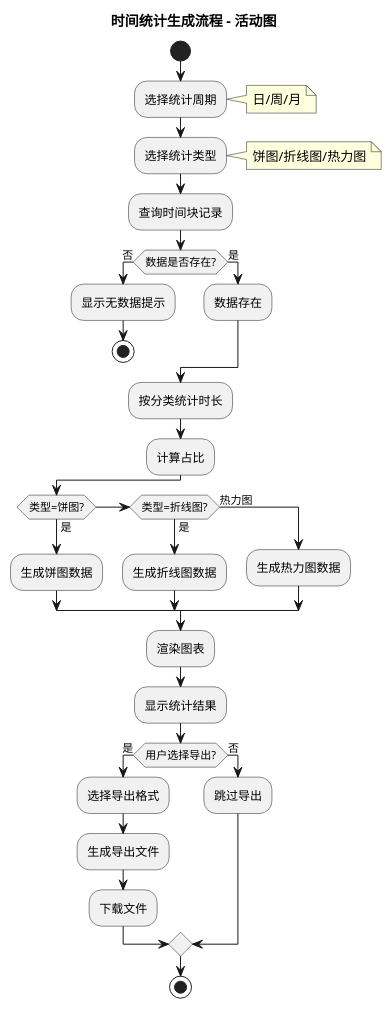
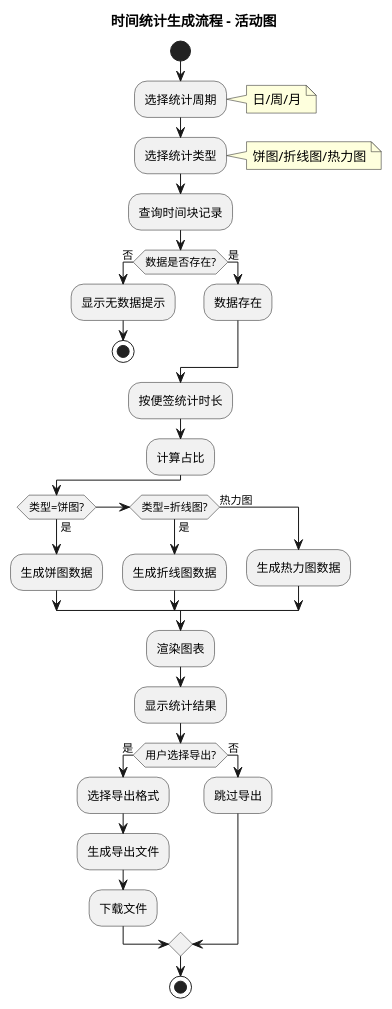
One commit to chenfanyeluo/TimeBlock changed the fifth of 5 diagrams in docs/UML图.md. Above: the diagram before and after it, drawn with PlantUML. The commit also changed other lines of this file and 49 other files, not shown here.

````diff
--- a/docs/UML图.md
+++ b/docs/UML图.md
@@ -243,57 +243,57 @@
 ```plantuml
 @startuml TimeBlock_统计流程
 ' 标题
 title 时间统计生成流程 - 活动图
 
 ' 开始节点
 start
 
 ' 选择统计维度
 :选择统计周期;
 note right: 日/周/月
 
 ' 选择统计类型
 :选择统计类型;
 note right: 饼图/折线图/热力图
 
 ' 查询数据
 :查询时间块记录;
 
 if (数据是否存在?) then (否)
   :显示无数据提示;
   stop
 else (是)
   :数据存在;
 endif
 
 ' 数据处理
-:按分类统计时长;
+:按便签统计时长;
 :计算占比;
 
 ' 生成图表
 if (类型=饼图?) then (是)
   :生成饼图数据;
 elseif (类型=折线图?) then (是)
   :生成折线图数据;
 else (热力图)
   :生成热力图数据;
 endif
 
 ' 渲染展示
 :渲染图表;
 :显示统计结果;
 
 ' 导出选项
 if (用户选择导出?) then (是)
   :选择导出格式;
   :生成导出文件;
   :下载文件;
 else (否)
   :跳过导出;
 endif
 
 ' 结束
 stop
 
 @enduml
 ```
````
